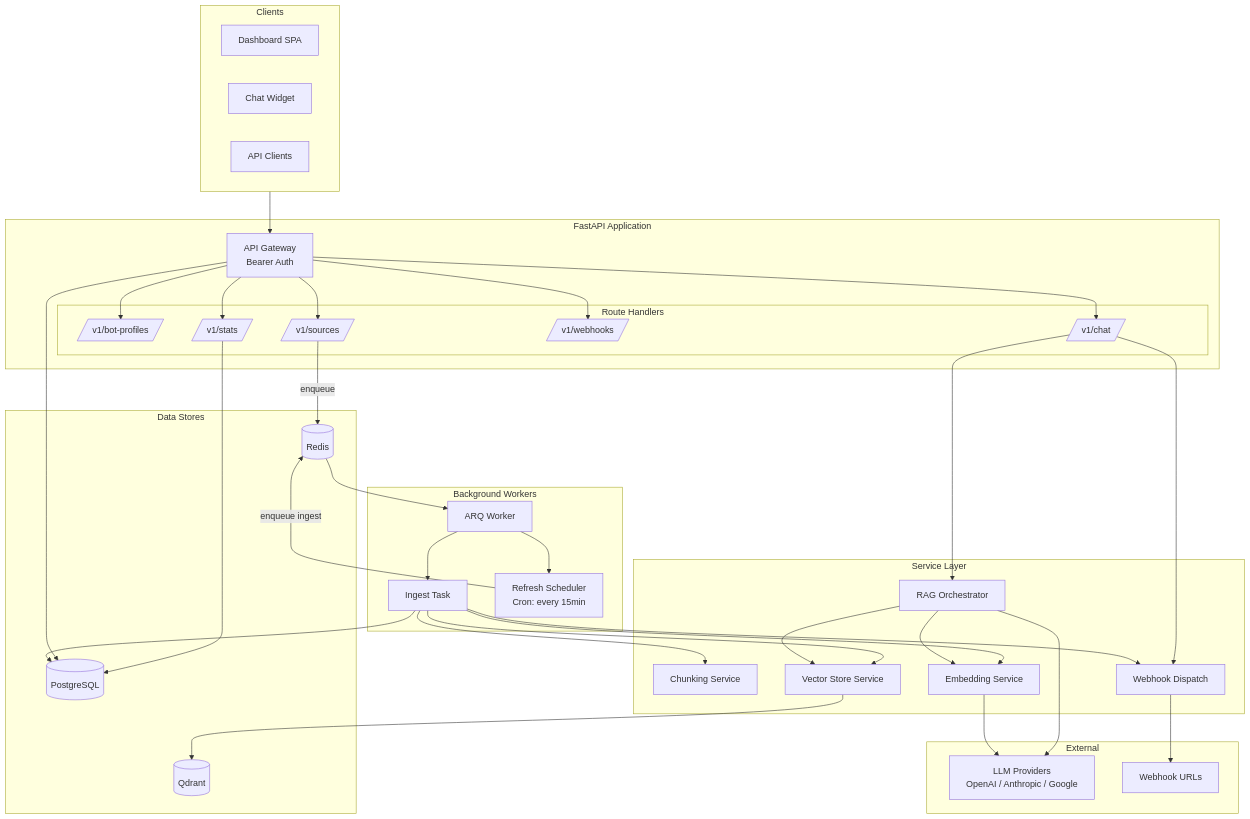
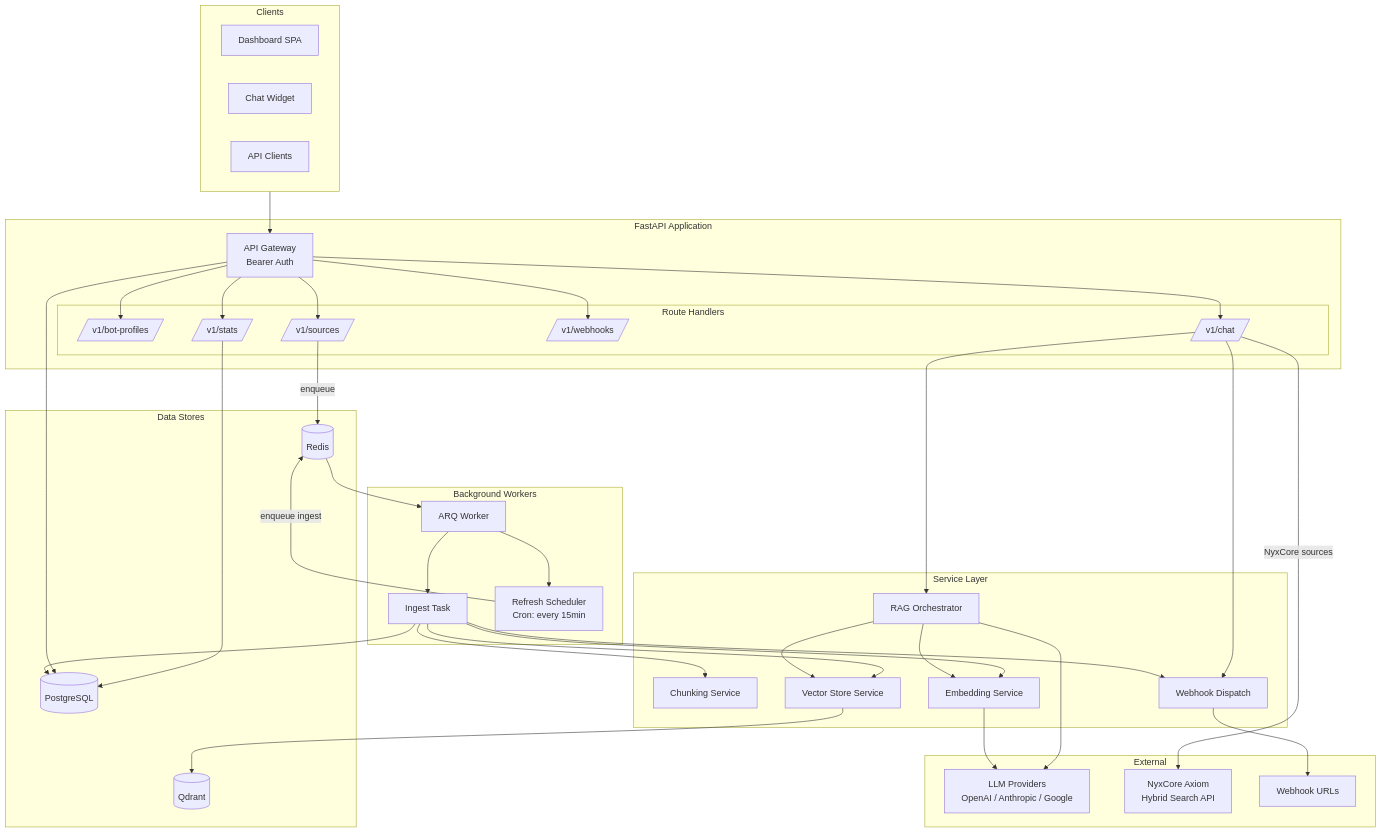
The first of 7 diagrams in docs/architecture.md (mrwind-up-bird/mini-chat-rag), drawn with Mermaid before and after one commit. The commit also changed other lines of this file and 4 other files, not shown here.

````diff
--- a/docs/architecture.md
+++ b/docs/architecture.md
@@ -7,69 +7,71 @@
 ```mermaid
 graph TB
     subgraph Clients
         Dashboard[Dashboard SPA]
         Widget[Chat Widget]
         API_Client[API Clients]
     end
     
     subgraph "FastAPI Application"
         Gateway[API Gateway<br/>Bearer Auth]
         subgraph "Route Handlers"
             Bots[/v1/bot-profiles/]
             Sources[/v1/sources/]
             Chat[/v1/chat/]
             Webhooks_R[/v1/webhooks/]
             Stats_R[/v1/stats/]
         end
     end
     
     subgraph "Service Layer"
         Orchestrator[RAG Orchestrator]
         ChunkSvc[Chunking Service]
         EmbedSvc[Embedding Service]
         VectorSvc[Vector Store Service]
         WebhookSvc[Webhook Dispatch]
     end
     
     subgraph "Background Workers"
         ARQ[ARQ Worker]
         IngestTask[Ingest Task]
         RefreshTask[Refresh Scheduler<br/>Cron: every 15min]
     end
     
     subgraph "Data Stores"
         PG[(PostgreSQL)]
         Qdrant[(Qdrant)]
         Redis[(Redis)]
     end
     
     subgraph "External"
         LLM_API[LLM Providers<br/>OpenAI / Anthropic / Google]
+        NyxCore[NyxCore Axiom<br/>Hybrid Search API]
         ExtWebhooks[Webhook URLs]
     end
     
     Clients --> Gateway
     Gateway --> Bots & Sources & Chat & Webhooks_R & Stats_R
     
     Chat --> Orchestrator
+    Chat -->|NyxCore sources| NyxCore
     Orchestrator --> EmbedSvc --> LLM_API
     Orchestrator --> VectorSvc --> Qdrant
     Orchestrator --> LLM_API
     
     Sources -->|enqueue| Redis
     Redis --> ARQ
     ARQ --> IngestTask
     ARQ --> RefreshTask
     IngestTask --> ChunkSvc
     IngestTask --> EmbedSvc
     IngestTask --> VectorSvc
     IngestTask --> PG
     IngestTask --> WebhookSvc
     RefreshTask -->|enqueue ingest| Redis
     
     Chat --> WebhookSvc
     WebhookSvc --> ExtWebhooks
     
     Gateway --> PG
     Stats_R --> PG
 ```
````
